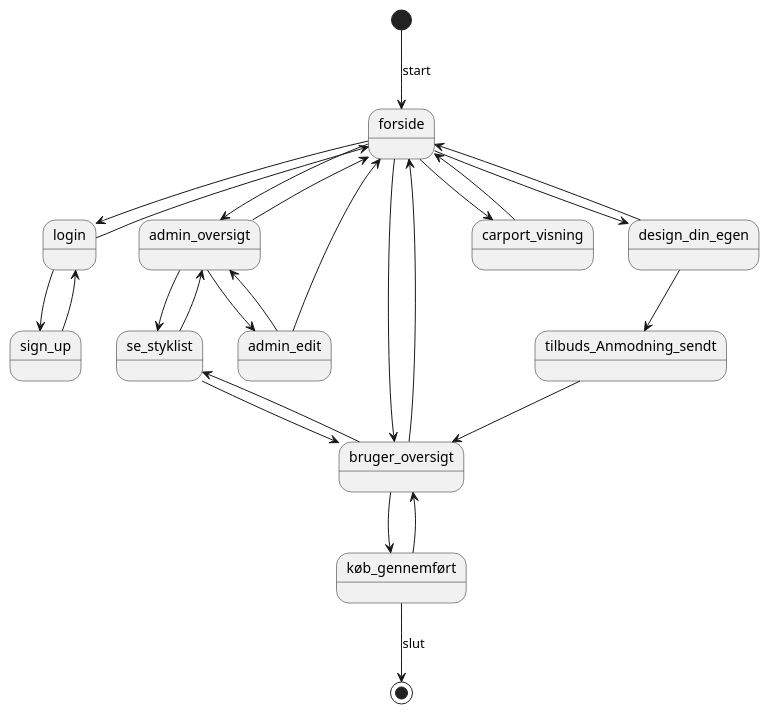
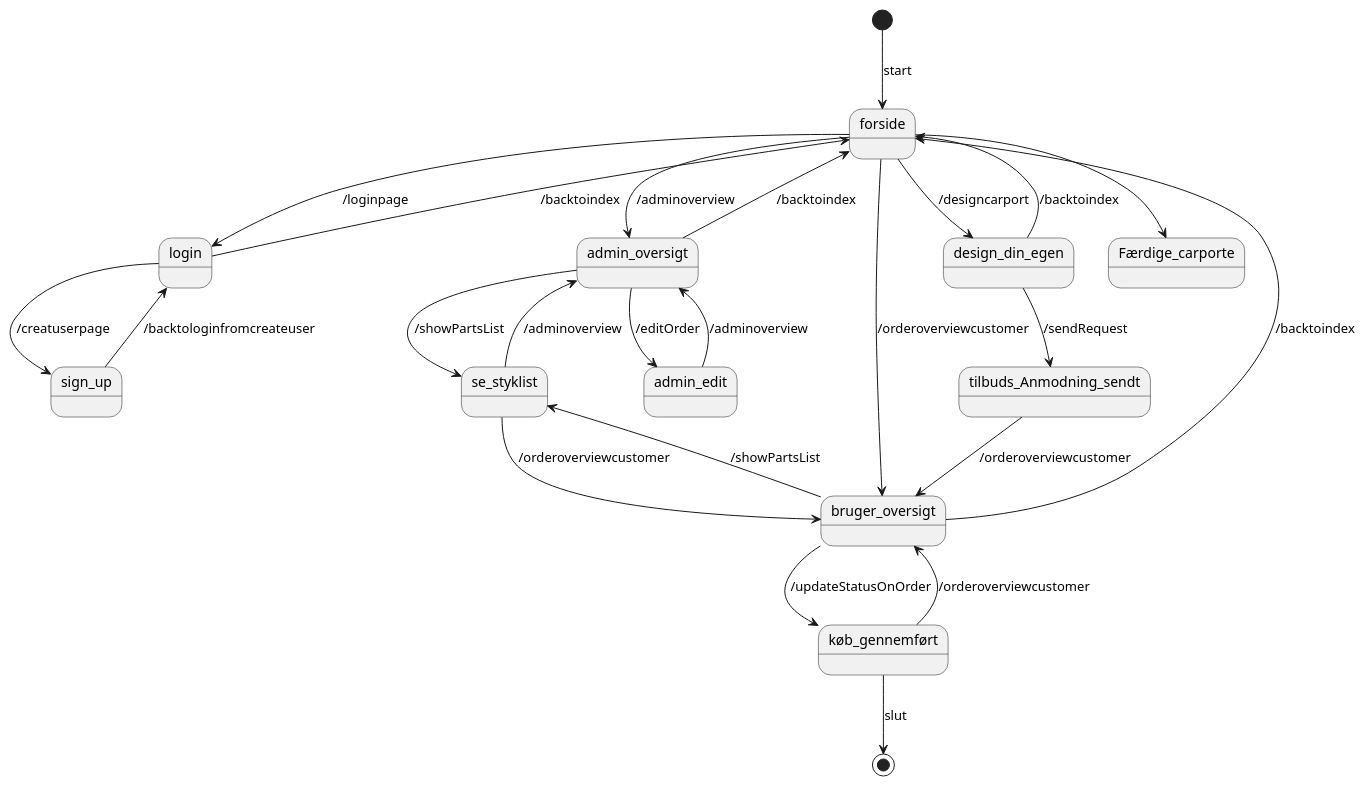
Before and after one commit to TobiOneCanobi/SemesterProjekt-B8: the diagram in Diagrammer/efter kode/navigationsdiagram.puml, drawn with PlantUML.

Commit message:
updateret navigationsdiagram.puml med thymeleaf routing

```diff
--- a/Diagrammer/efter kode/navigationsdiagram.puml
+++ b/Diagrammer/efter kode/navigationsdiagram.puml
@@ -1,53 +1,51 @@
 @startuml
 
 [*]--> forside : start
 state forside
-forside --> login
-forside --> admin_oversigt
-forside --> bruger_oversigt
-forside --> design_din_egen
-forside --> carport_visning
+forside --> login : /loginpage
+forside --> admin_oversigt : /adminoverview
+forside --> bruger_oversigt : /orderoverviewcustomer
+forside --> design_din_egen : /designcarport
+forside --> Færdige_carporte
 
 
 state login
-login --> forside
-login --> sign_up
+login --> forside : /backtoindex
+login --> sign_up : /creatuserpage
 
 state sign_up
-sign_up --> login
+sign_up --> login : /backtologinfromcreateuser
 
-state carport_visning
-carport_visning --> forside
+
 
 state design_din_egen
-design_din_egen --> forside
-design_din_egen --> tilbuds_Anmodning_sendt
+design_din_egen --> forside : /backtoindex
+design_din_egen --> tilbuds_Anmodning_sendt : /sendRequest
 
 state tilbuds_Anmodning_sendt
-tilbuds_Anmodning_sendt --> bruger_oversigt
+tilbuds_Anmodning_sendt --> bruger_oversigt : /orderoverviewcustomer
 
 state bruger_oversigt
-bruger_oversigt --> forside
-bruger_oversigt --> køb_gennemført
-bruger_oversigt --> se_styklist
+bruger_oversigt --> forside : /backtoindex
+bruger_oversigt --> køb_gennemført : /updateStatusOnOrder
+bruger_oversigt --> se_styklist : /showPartsList
 
 
 state køb_gennemført
-køb_gennemført --> bruger_oversigt
+køb_gennemført --> bruger_oversigt : /orderoverviewcustomer
 
 state se_styklist
-se_styklist --> bruger_oversigt
-se_styklist --> admin_oversigt
+se_styklist --> bruger_oversigt : /orderoverviewcustomer
+se_styklist --> admin_oversigt : /adminoverview
 
 state admin_oversigt
-admin_oversigt --> forside
-admin_oversigt --> admin_edit
-admin_oversigt --> se_styklist
+admin_oversigt --> forside : /backtoindex
+admin_oversigt --> admin_edit : /editOrder
+admin_oversigt --> se_styklist : /showPartsList
 
 state admin_edit
-admin_edit --> forside
-admin_edit --> admin_oversigt
+admin_edit --> admin_oversigt : /adminoverview
 
 køb_gennemført --> [*] : slut
 
 @enduml
```
